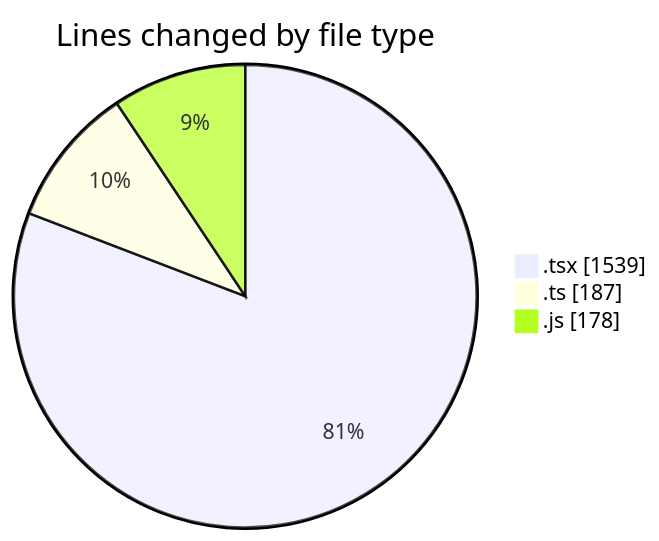
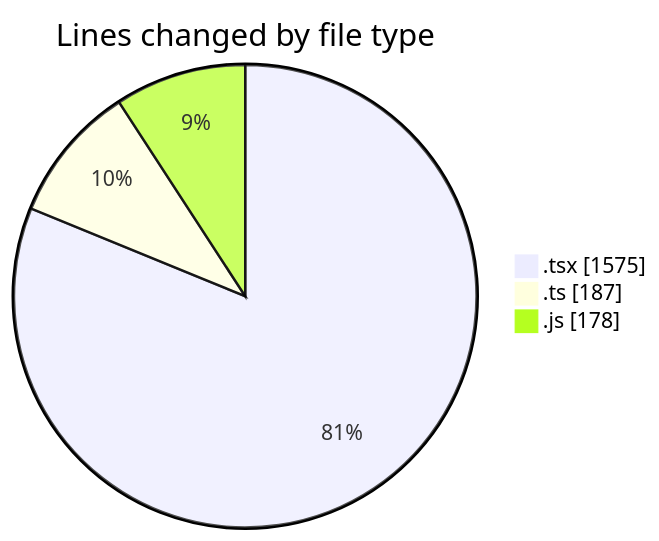
One commit to robertbonfada/code-tracking changed the first of 2 diagrams in 2025-02-03/mbc-web/README.md. Above: the diagram before and after it, drawn with Mermaid. The commit also changed other lines of this file and 1 other file, not shown here.

````diff
--- a/2025-02-03/mbc-web/README.md
+++ b/2025-02-03/mbc-web/README.md
@@ -27,7 +28,7 @@
 ```mermaid
 pie showData
 title Lines changed by file type
-".tsx" : 1539
+".tsx" : 1575
 ".ts" : 187
 ".js" : 178
 ```
````
